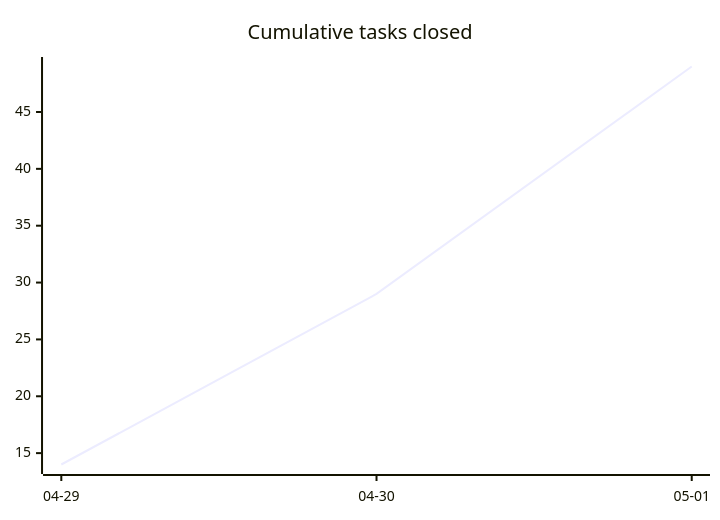
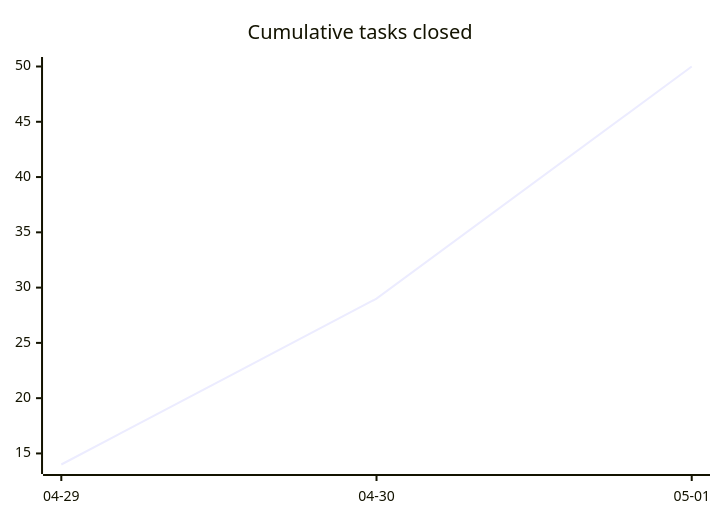
Before and after one commit to tgd1975/AwesomeStudioPedal: the first of 3 diagrams in docs/developers/tasks/OVERVIEW.md, drawn with Mermaid. The commit also changed other lines of this file and 10 other files, not shown here.

````diff
--- a/docs/developers/tasks/OVERVIEW.md
+++ b/docs/developers/tasks/OVERVIEW.md
@@ -22,6 +22,6 @@
 ```mermaid
 xychart-beta
     title "Cumulative tasks closed"
     x-axis ["04-29", "04-30", "05-01"]
-    line [14, 29, 49]
+    line [14, 29, 50]
 ```
````
